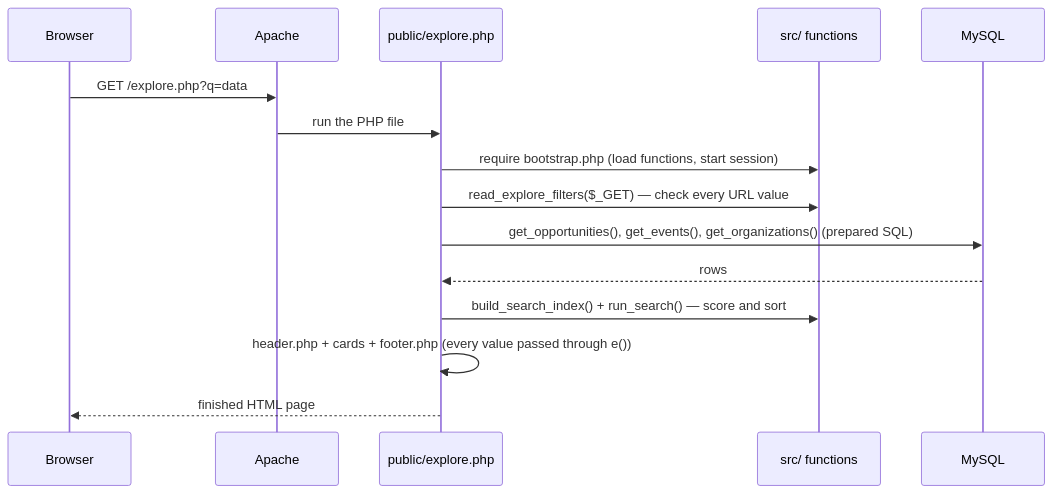
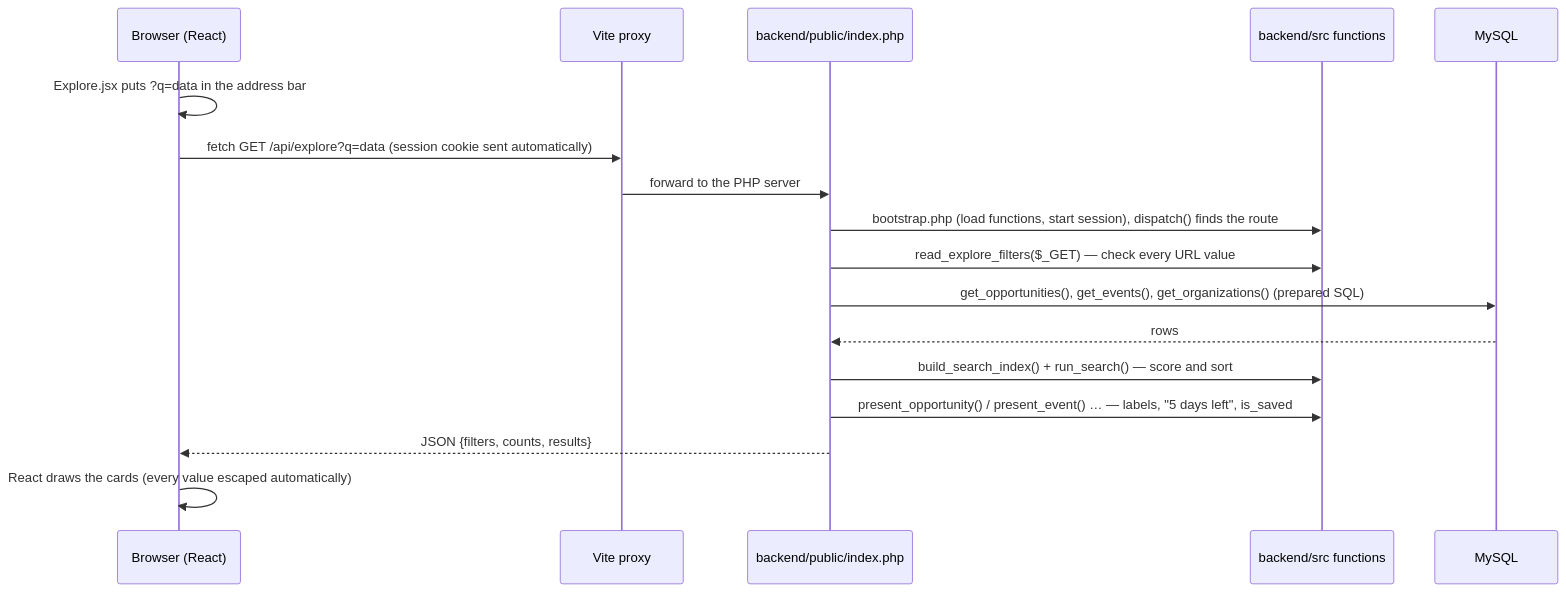
One commit to Tanseychuong/campus_bridge changed the first of 2 diagrams in README.md. Above: the diagram before and after it, drawn with Mermaid. The commit also changed other lines of this file and 152 other files, not shown here.

First line of the commit message:
Split CampusBridge into a React frontend and a PHP API backend

````diff
--- a/README.md
+++ b/README.md
@@ -275,18 +340,20 @@
 ```mermaid
 sequenceDiagram
-    participant B as Browser
-    participant A as Apache
-    participant P as public/explore.php
-    participant S as src/ functions
+    participant B as Browser (React)
+    participant V as Vite proxy
+    participant P as backend/public/index.php
+    participant S as backend/src functions
     participant D as MySQL
 
-    B->>A: GET /explore.php?q=data
-    A->>P: run the PHP file
-    P->>S: require bootstrap.php (load functions, start session)
+    B->>B: Explore.jsx puts ?q=data in the address bar
+    B->>V: fetch GET /api/explore?q=data (session cookie sent automatically)
+    V->>P: forward to the PHP server
+    P->>S: bootstrap.php (load functions, start session), dispatch() finds the route
     P->>S: read_explore_filters($_GET) — check every URL value
     P->>D: get_opportunities(), get_events(), get_organizations() (prepared SQL)
     D-->>P: rows
     P->>S: build_search_index() + run_search() — score and sort
-    P->>P: header.php + cards + footer.php (every value passed through e())
-    P-->>B: finished HTML page
+    P->>S: present_opportunity() / present_event() … — labels, "5 days left", is_saved
+    P-->>B: JSON {filters, counts, results}
+    B->>B: React draws the cards (every value escaped automatically)
 ```
````
